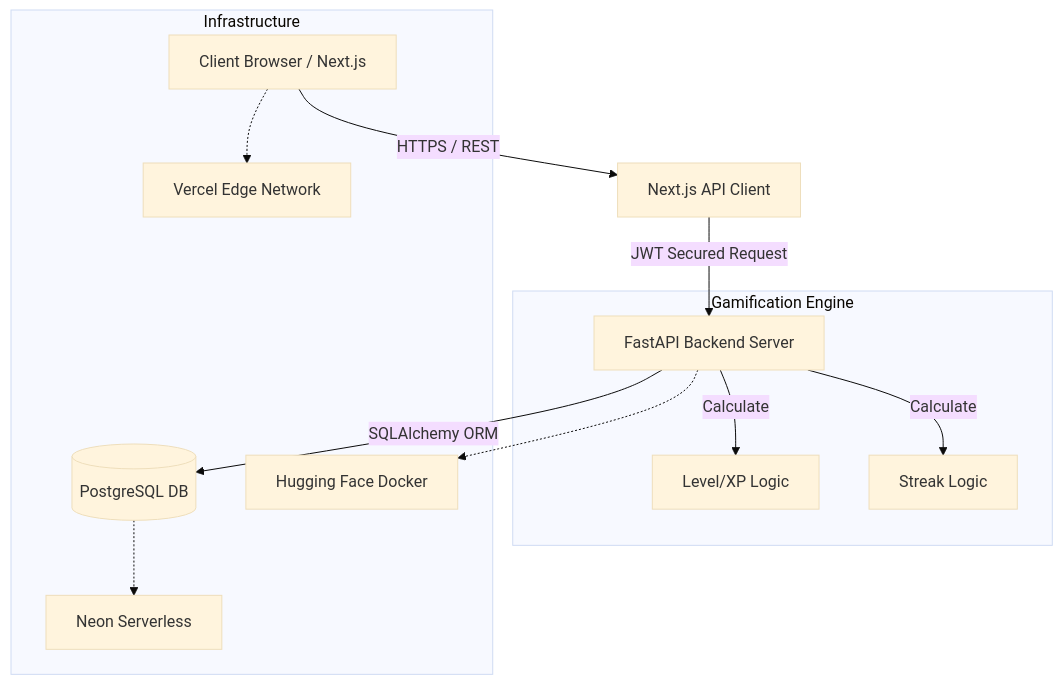
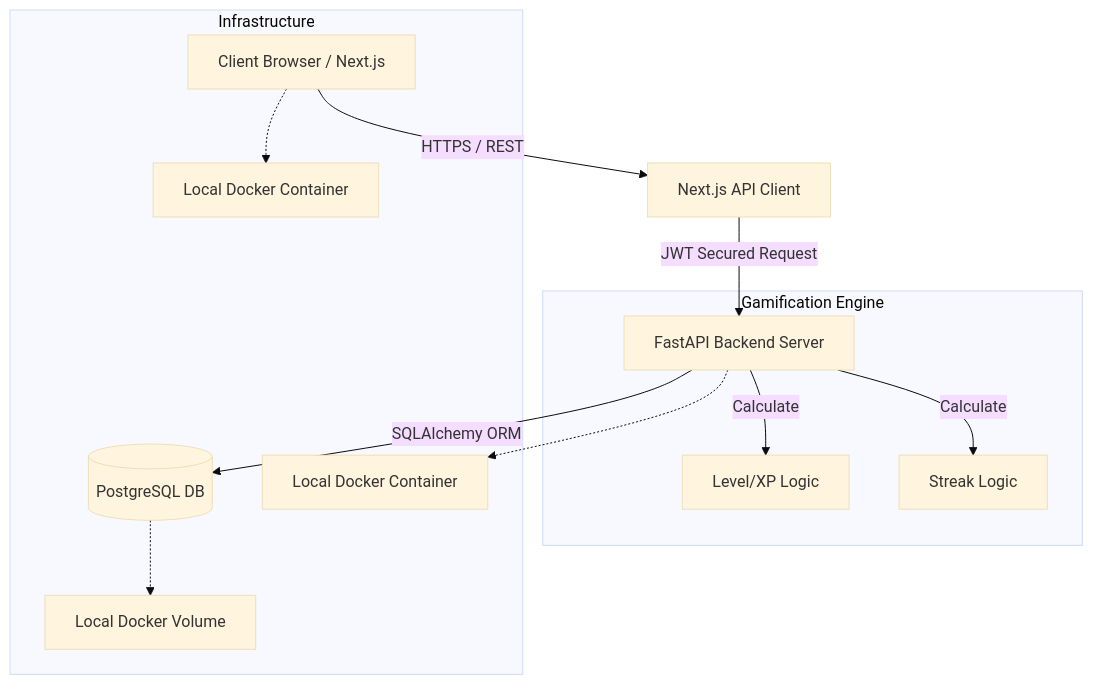
The diagram in README.md (nishantrs0404/60-day-hacker-tracker), drawn with Mermaid (base theme) before and after one commit. The commit also changed other lines of this file and 2 other files, not shown here.

Commit message:
chore: revert to strictly local development and remove cloud deployment traces

````diff
--- a/README.md
+++ b/README.md
@@ -66,17 +53,17 @@
 ```mermaid
 graph TD
     Client[Client Browser / Next.js] -->|HTTPS / REST| NextAPI[Next.js API Client]
     NextAPI -->|JWT Secured Request| FastAPI[FastAPI Backend Server]
     FastAPI -->|SQLAlchemy ORM| Postgres[(PostgreSQL DB)]
     
     subgraph Gamification Engine
     FastAPI -->|Calculate| Leveling[Level/XP Logic]
     FastAPI -->|Calculate| Streak[Streak Logic]
     end
     
     subgraph Infrastructure
-    Postgres -.-> Neon[Neon Serverless]
-    FastAPI -.-> HF[Hugging Face Docker]
-    Client -.-> Vercel[Vercel Edge Network]
+    Postgres -.-> Docker[Local Docker Volume]
+    FastAPI -.-> DockerBackend[Local Docker Container]
+    Client -.-> DockerFrontend[Local Docker Container]
     end
 ```
````
